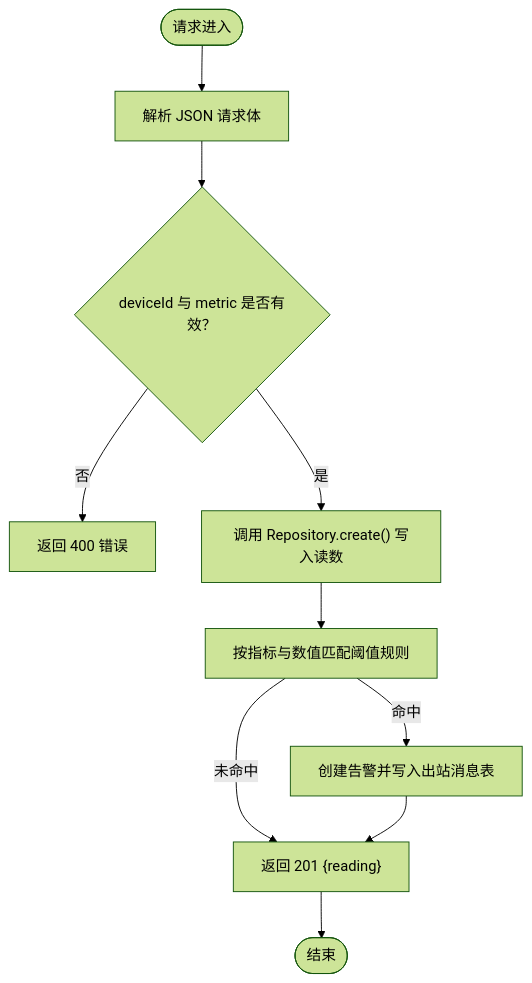
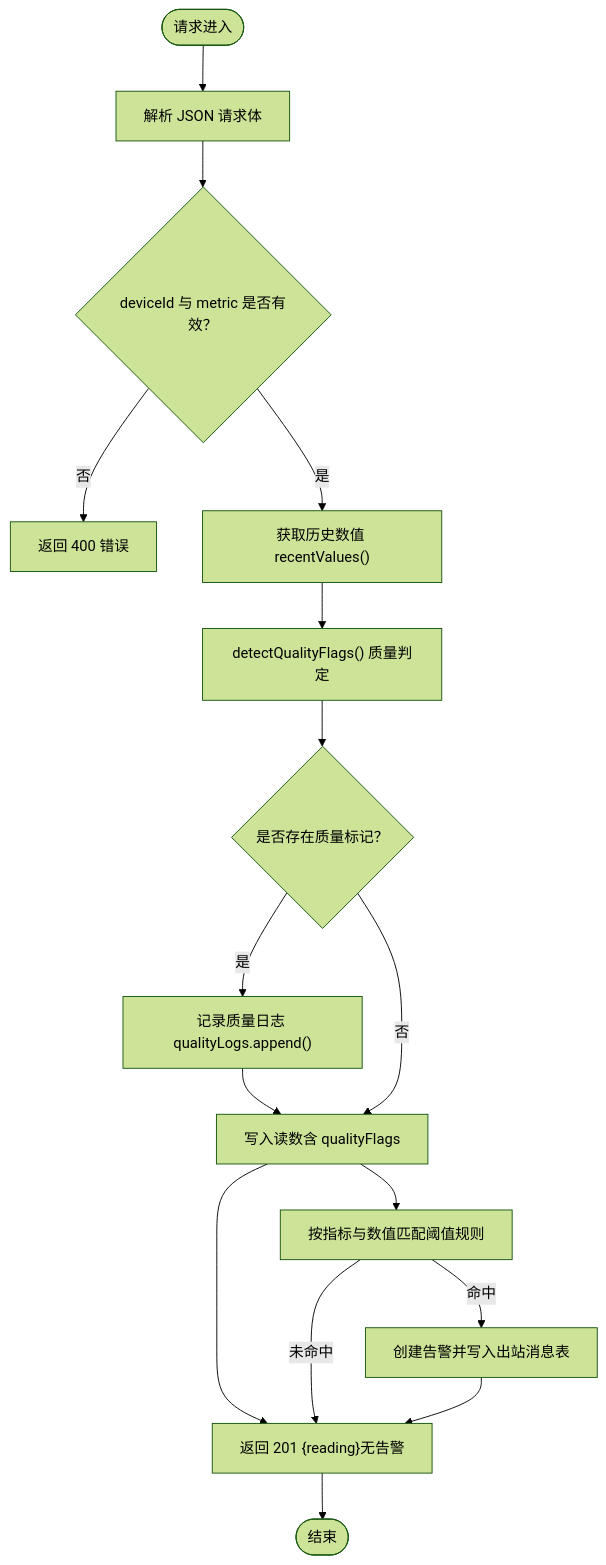
Before and after one commit to q446328246/agri-platform: the third of 15 diagrams in .qoder/repowiki/zh/content/核心服务文档/遥测数据服务.md, drawn with Mermaid (forest theme). The commit also changed other lines of this file and 15 other files, not shown here.

````diff
--- a/.qoder/repowiki/zh/content/核心服务文档/遥测数据服务.md
+++ b/.qoder/repowiki/zh/content/核心服务文档/遥测数据服务.md
@@ -206,12 +241,18 @@
 ```mermaid
 flowchart TD
 Start(["请求进入"]) --> Parse["解析 JSON 请求体"]
 Parse --> Validate{"deviceId 与 metric 是否有效？"}
 Validate --> |否| Err["返回 400 错误"]
-Validate --> |是| Create["调用 Repository.create() 写入读数"]
-Create --> Match["按指标与数值匹配阈值规则"]
+Validate --> |是| GetRecent["获取历史数值 recentValues()"]
+GetRecent --> Detect["detectQualityFlags() 质量判定"]
+Detect --> HasFlag{"是否存在质量标记？"}
+HasFlag --> |是| LogQuality["记录质量日志 qualityLogs.append()"]
+LogQuality --> CreateReading["写入读数含 qualityFlags"]
+CreateReading --> Resp["返回 201 {reading}无告警"]
+HasFlag --> |否| CreateReading
+CreateReading --> Match["按指标与数值匹配阈值规则"]
 Match --> |命中| Alert["创建告警并写入出站消息表"]
-Match --> |未命中| Resp["返回 201 {reading}"]
+Match --> |未命中| Resp
 Alert --> Resp
 Resp --> End(["结束"])
 ```
````
